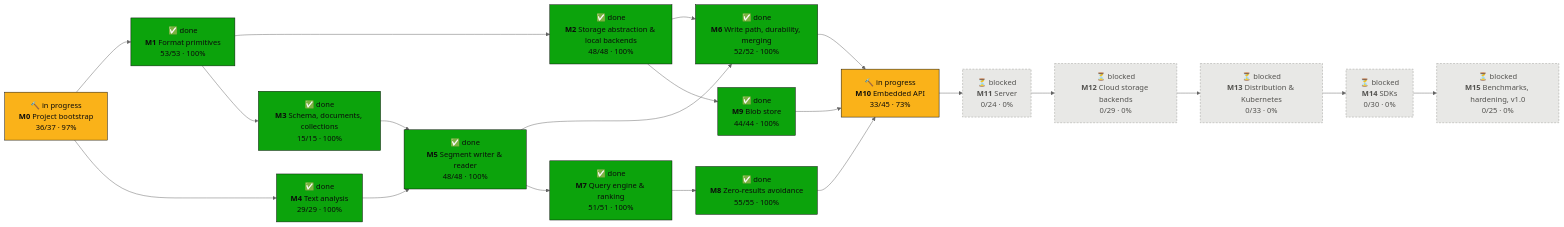
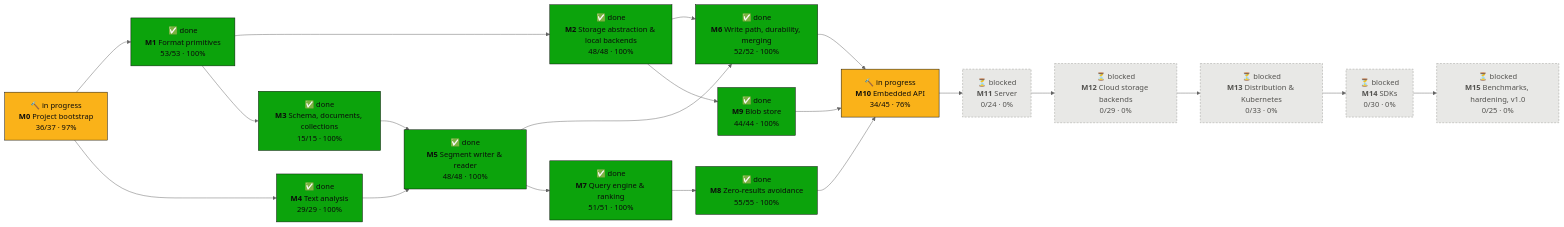
Before and after one commit to tomiok/persiaDB: the first of 2 diagrams in PROGRESS.md, drawn with Mermaid (neutral theme). The commit also changed other lines of this file and 27 other files, not shown here.

First line of the commit message:
Pre-scan refuses an analysis-skipping open before its replay (ROADMAP 10.4.8) (#135)

````diff
--- a/PROGRESS.md
+++ b/PROGRESS.md
@@ -16,42 +16,42 @@
 ```mermaid
 flowchart LR
   M0["🔨 in progress<br/><b>M0</b> Project bootstrap<br/>36/37 · 97%"]:::doing
   M1["✅ done<br/><b>M1</b> Format primitives<br/>53/53 · 100%"]:::done
   M2["✅ done<br/><b>M2</b> Storage abstraction & local backends<br/>48/48 · 100%"]:::done
   M3["✅ done<br/><b>M3</b> Schema, documents, collections<br/>15/15 · 100%"]:::done
   M4["✅ done<br/><b>M4</b> Text analysis<br/>29/29 · 100%"]:::done
   M5["✅ done<br/><b>M5</b> Segment writer & reader<br/>48/48 · 100%"]:::done
   M6["✅ done<br/><b>M6</b> Write path, durability, merging<br/>52/52 · 100%"]:::done
   M7["✅ done<br/><b>M7</b> Query engine & ranking<br/>51/51 · 100%"]:::done
   M8["✅ done<br/><b>M8</b> Zero-results avoidance<br/>55/55 · 100%"]:::done
   M9["✅ done<br/><b>M9</b> Blob store<br/>44/44 · 100%"]:::done
-  M10["🔨 in progress<br/><b>M10</b> Embedded API<br/>33/45 · 73%"]:::doing
+  M10["🔨 in progress<br/><b>M10</b> Embedded API<br/>34/45 · 76%"]:::doing
   M11["⏳ blocked<br/><b>M11</b> Server<br/>0/24 · 0%"]:::blocked
   M12["⏳ blocked<br/><b>M12</b> Cloud storage backends<br/>0/29 · 0%"]:::blocked
   M13["⏳ blocked<br/><b>M13</b> Distribution & Kubernetes<br/>0/33 · 0%"]:::blocked
   M14["⏳ blocked<br/><b>M14</b> SDKs<br/>0/30 · 0%"]:::blocked
   M15["⏳ blocked<br/><b>M15</b> Benchmarks, hardening, v1.0<br/>0/25 · 0%"]:::blocked
   M0 --> M1
   M1 --> M2
   M1 --> M3
   M0 --> M4
   M3 --> M5
   M4 --> M5
   M2 --> M6
   M5 --> M6
   M5 --> M7
   M7 --> M8
   M2 --> M9
   M6 --> M10
   M8 --> M10
   M9 --> M10
   M10 --> M11
   M11 --> M12
   M12 --> M13
   M13 --> M14
   M14 --> M15
   classDef done fill:#0ca30c,stroke:#0b0b0b,color:#0b0b0b
   classDef doing fill:#fab219,stroke:#0b0b0b,color:#0b0b0b
   classDef ready fill:#fcfcfb,stroke:#0b0b0b,stroke-width:2px,color:#0b0b0b
   classDef blocked fill:#e8e8e6,stroke:#9a9a96,stroke-dasharray:4 3,color:#52514e
 ```
````
